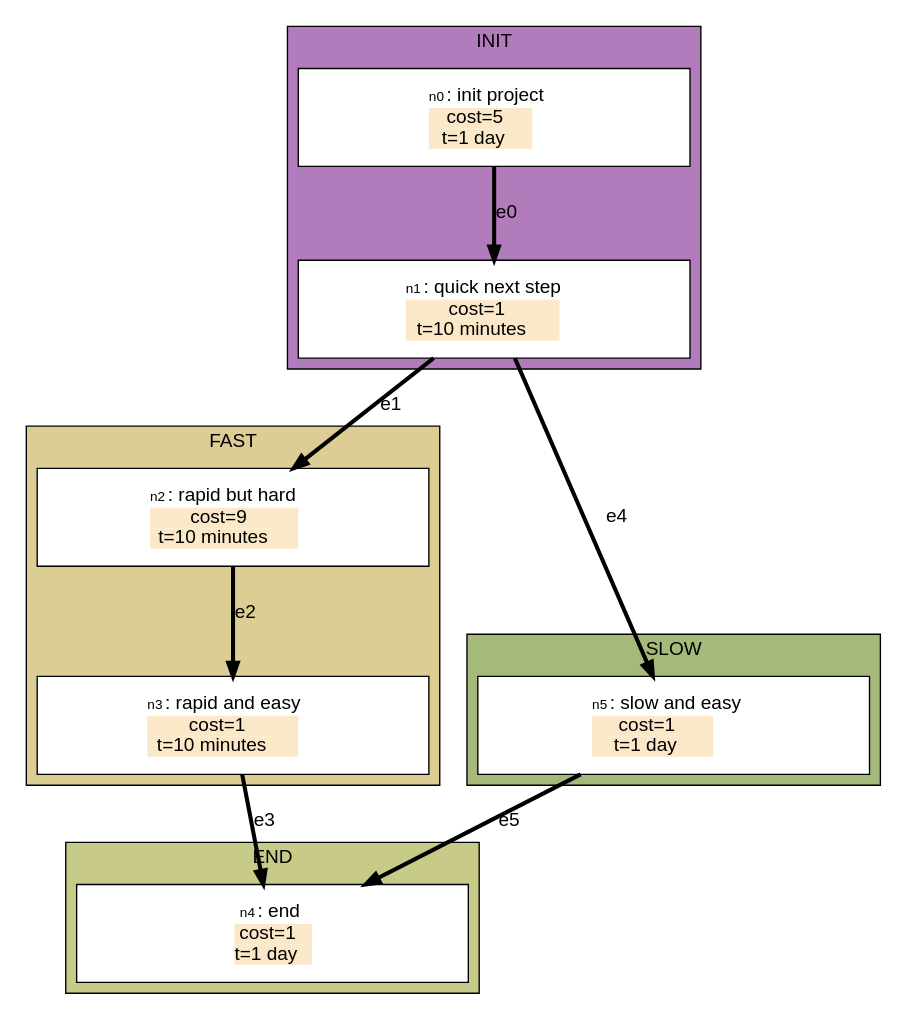
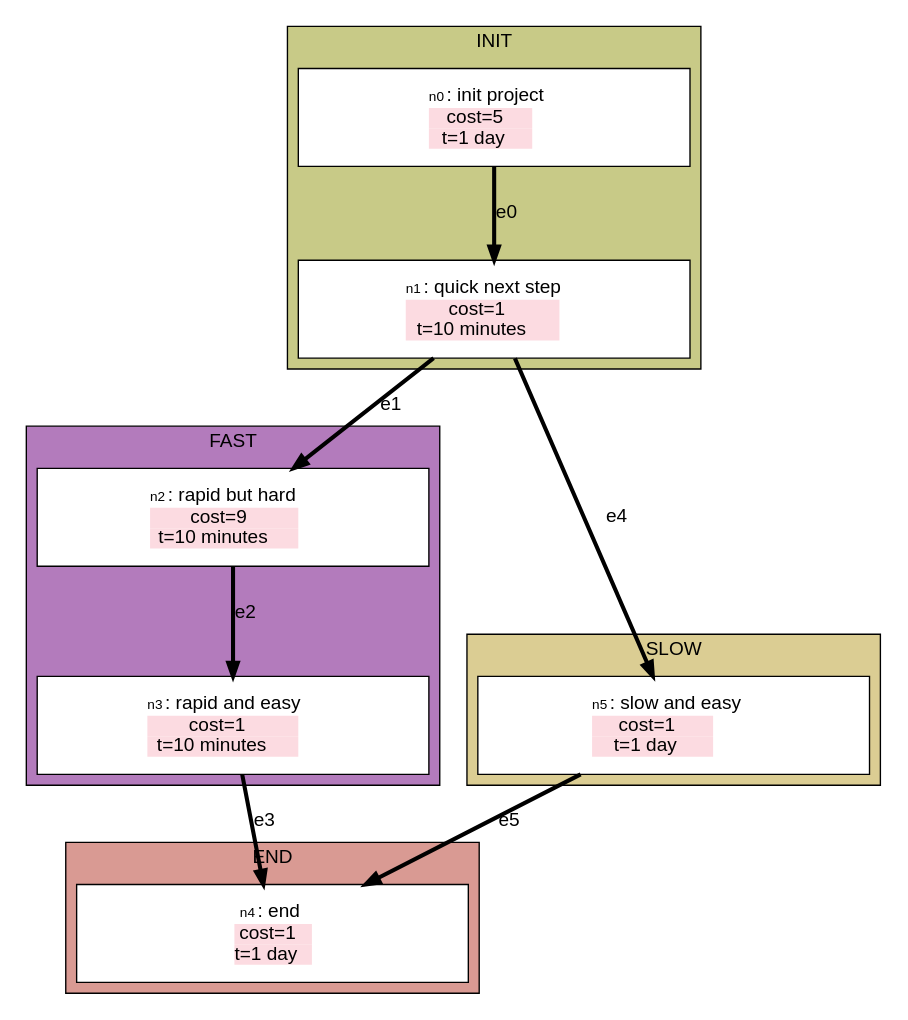
The diagram in examples/bit_of_everything.dot (stevecooperorg/microdot), drawn with Graphviz before and after one commit. The commit also changed 10 other files, not shown here.

```diff
--- a/examples/bit_of_everything.dot
+++ b/examples/bit_of_everything.dot
@@ -1,133 +1,133 @@
 digraph {
 
     graph [fontname = "helvetica" rankdir="TB" ranksep=0.75 nodesep=0.5];
     node [fontname = "helvetica" shape = "box" width=2.5 style=filled];
     edge [fontname = "helvetica" penwidth=3 color="#000000"];
 
   subgraph cluster_END {
   label="END"
-  bgcolor="#C8CA87"
+  bgcolor="#D99A93"
     n4 [width=4 height=1 label=< <TABLE BORDER="0" CELLPADDING="0" CELLSPACING="0">
     <TR>
         <TD COLSPAN="2"><FONT POINT-SIZE="10">n4</FONT>: end</TD>
     </TR>
     
         
            <TR>
-<TD BGCOLOR="#FAE8C8"><FONT COLOR="#000000">cost=1</FONT></TD>
+<TD BGCOLOR="#FCDBE1"><FONT COLOR="#000000">cost=1</FONT></TD>
 </TR>
         
            <TR>
-<TD BGCOLOR="#FAE8C8"><FONT COLOR="#000000">t=1 day</FONT></TD>
+<TD BGCOLOR="#FCDBE1"><FONT COLOR="#000000">t=1 day</FONT></TD>
 </TR>
         
     
    </TABLE>
 > fillcolor="#FFFFFF"]
   }
   subgraph cluster_FAST {
   label="FAST"
-  bgcolor="#DBCD93"
+  bgcolor="#B37BBC"
     n2 [width=4 height=1 label=< <TABLE BORDER="0" CELLPADDING="0" CELLSPACING="0">
     <TR>
         <TD COLSPAN="2"><FONT POINT-SIZE="10">n2</FONT>: rapid but hard</TD>
     </TR>
     
         
            <TR>
-<TD BGCOLOR="#FAE8C8"><FONT COLOR="#000000">cost=9</FONT></TD>
+<TD BGCOLOR="#FCDBE1"><FONT COLOR="#000000">cost=9</FONT></TD>
 </TR>
         
            <TR>
-<TD BGCOLOR="#FAE8C8"><FONT COLOR="#000000">t=10 minutes</FONT></TD>
+<TD BGCOLOR="#FCDBE1"><FONT COLOR="#000000">t=10 minutes</FONT></TD>
 </TR>
         
     
    </TABLE>
 > fillcolor="#FFFFFF"]
     n3 [width=4 height=1 label=< <TABLE BORDER="0" CELLPADDING="0" CELLSPACING="0">
     <TR>
         <TD COLSPAN="2"><FONT POINT-SIZE="10">n3</FONT>: rapid and easy</TD>
     </TR>
     
         
            <TR>
-<TD BGCOLOR="#FAE8C8"><FONT COLOR="#000000">cost=1</FONT></TD>
+<TD BGCOLOR="#FCDBE1"><FONT COLOR="#000000">cost=1</FONT></TD>
 </TR>
         
            <TR>
-<TD BGCOLOR="#FAE8C8"><FONT COLOR="#000000">t=10 minutes</FONT></TD>
+<TD BGCOLOR="#FCDBE1"><FONT COLOR="#000000">t=10 minutes</FONT></TD>
 </TR>
         
     
    </TABLE>
 > fillcolor="#FFFFFF"]
   }
   subgraph cluster_INIT {
   label="INIT"
-  bgcolor="#B27CBC"
+  bgcolor="#C8CA87"
     n0 [width=4 height=1 label=< <TABLE BORDER="0" CELLPADDING="0" CELLSPACING="0">
     <TR>
         <TD COLSPAN="2"><FONT POINT-SIZE="10">n0</FONT>: init project</TD>
     </TR>
     
         
            <TR>
-<TD BGCOLOR="#FAE8C8"><FONT COLOR="#000000">cost=5</FONT></TD>
+<TD BGCOLOR="#FCDBE1"><FONT COLOR="#000000">cost=5</FONT></TD>
 </TR>
         
            <TR>
-<TD BGCOLOR="#FAE8C8"><FONT COLOR="#000000">t=1 day</FONT></TD>
+<TD BGCOLOR="#FCDBE1"><FONT COLOR="#000000">t=1 day</FONT></TD>
 </TR>
         
     
    </TABLE>
 > fillcolor="#FFFFFF"]
     n1 [width=4 height=1 label=< <TABLE BORDER="0" CELLPADDING="0" CELLSPACING="0">
     <TR>
         <TD COLSPAN="2"><FONT POINT-SIZE="10">n1</FONT>: quick next step</TD>
     </TR>
     
         
            <TR>
-<TD BGCOLOR="#FAE8C8"><FONT COLOR="#000000">cost=1</FONT></TD>
+<TD BGCOLOR="#FCDBE1"><FONT COLOR="#000000">cost=1</FONT></TD>
 </TR>
         
            <TR>
-<TD BGCOLOR="#FAE8C8"><FONT COLOR="#000000">t=10 minutes</FONT></TD>
+<TD BGCOLOR="#FCDBE1"><FONT COLOR="#000000">t=10 minutes</FONT></TD>
 </TR>
         
     
    </TABLE>
 > fillcolor="#FFFFFF"]
   }
   subgraph cluster_SLOW {
   label="SLOW"
-  bgcolor="#A4B97A"
+  bgcolor="#DBCD93"
     n5 [width=4 height=1 label=< <TABLE BORDER="0" CELLPADDING="0" CELLSPACING="0">
     <TR>
         <TD COLSPAN="2"><FONT POINT-SIZE="10">n5</FONT>: slow and easy</TD>
     </TR>
     
         
            <TR>
-<TD BGCOLOR="#FAE8C8"><FONT COLOR="#000000">cost=1</FONT></TD>
+<TD BGCOLOR="#FCDBE1"><FONT COLOR="#000000">cost=1</FONT></TD>
 </TR>
         
            <TR>
-<TD BGCOLOR="#FAE8C8"><FONT COLOR="#000000">t=1 day</FONT></TD>
+<TD BGCOLOR="#FCDBE1"><FONT COLOR="#000000">t=1 day</FONT></TD>
 </TR>
         
     
    </TABLE>
 > fillcolor="#FFFFFF"]
   }
 
     "n0" -> "n1" [label="e0"];
     "n1" -> "n2" [label="e1"];
     "n2" -> "n3" [label="e2"];
     "n3" -> "n4" [label="e3"];
     "n1" -> "n5" [label="e4"];
     "n5" -> "n4" [label="e5"];
 
 }
```
